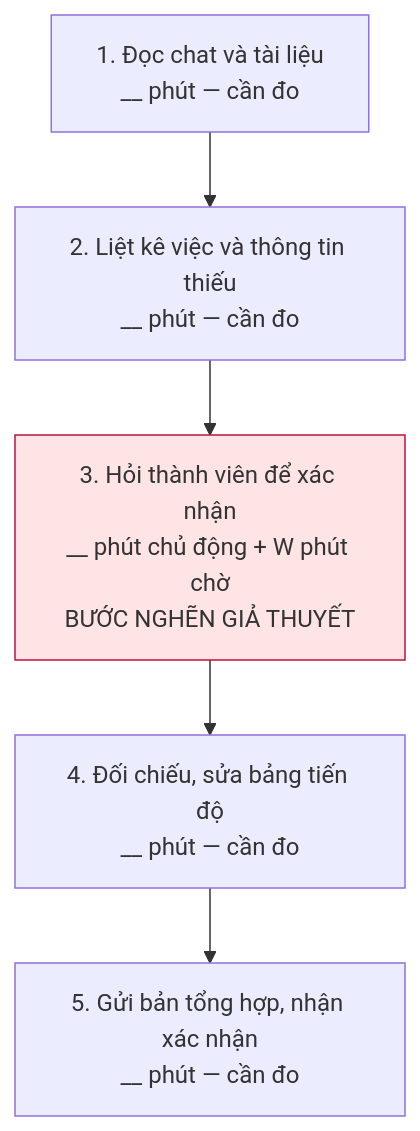
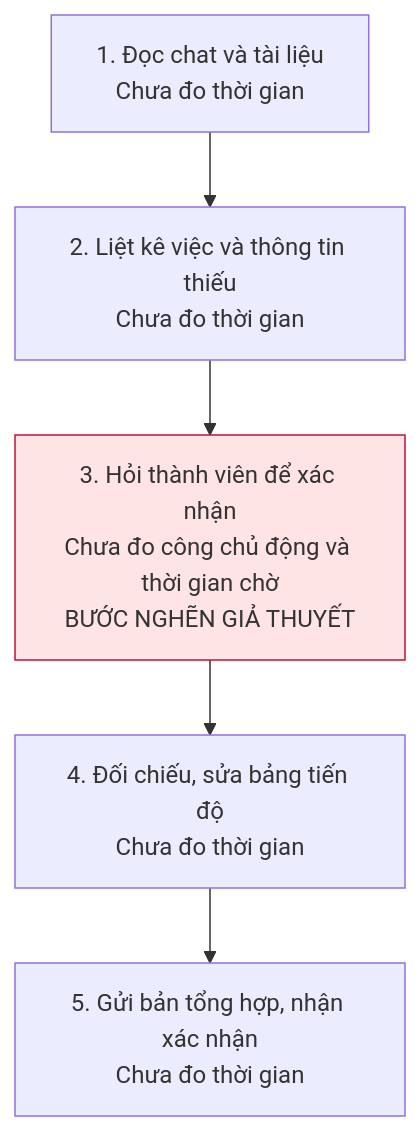
Before and after one commit to TuHoAnh/K5-L3B-DAY02-VanMinh-DiscoveryProblemFraming: the second of 3 diagrams in report/individual/2A202603819_LeThanhTung.md, drawn with Mermaid. The commit also changed other lines of this file and 2 other files, not shown here.

````diff
--- a/report/individual/2A202603819_LeThanhTung.md
+++ b/report/individual/2A202603819_LeThanhTung.md
@@ -94,8 +94,8 @@
 ```mermaid
 flowchart TD
-  A["1. Đọc chat và tài liệu<br/>__ phút — cần đo"] --> B["2. Liệt kê việc và thông tin thiếu<br/>__ phút — cần đo"]
-  B --> C["3. Hỏi thành viên để xác nhận<br/>__ phút chủ động + W phút chờ<br/>BƯỚC NGHẼN GIẢ THUYẾT"]
-  C --> D["4. Đối chiếu, sửa bảng tiến độ<br/>__ phút — cần đo"]
-  D --> E["5. Gửi bản tổng hợp, nhận xác nhận<br/>__ phút — cần đo"]
+  A["1. Đọc chat và tài liệu<br/>Chưa đo thời gian"] --> B["2. Liệt kê việc và thông tin thiếu<br/>Chưa đo thời gian"]
+  B --> C["3. Hỏi thành viên để xác nhận<br/>Chưa đo công chủ động và thời gian chờ<br/>BƯỚC NGHẼN GIẢ THUYẾT"]
+  C --> D["4. Đối chiếu, sửa bảng tiến độ<br/>Chưa đo thời gian"]
+  D --> E["5. Gửi bản tổng hợp, nhận xác nhận<br/>Chưa đo thời gian"]
   style C fill:#ffe4e6,stroke:#be123c
 ```
````
